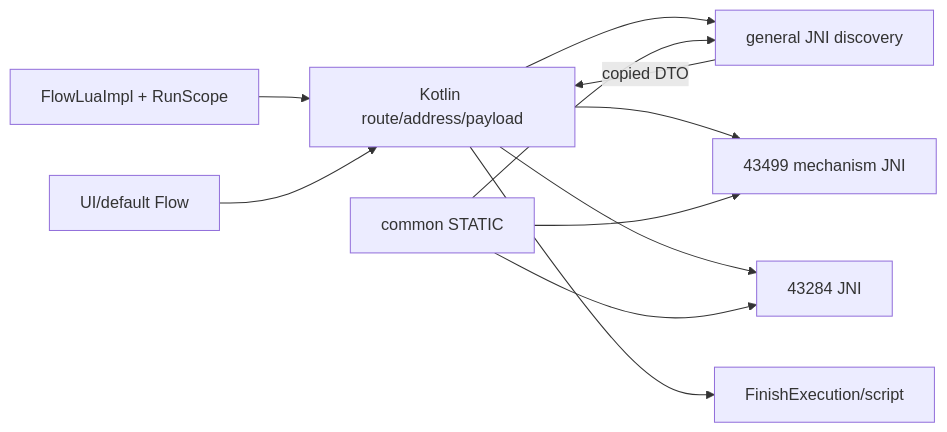
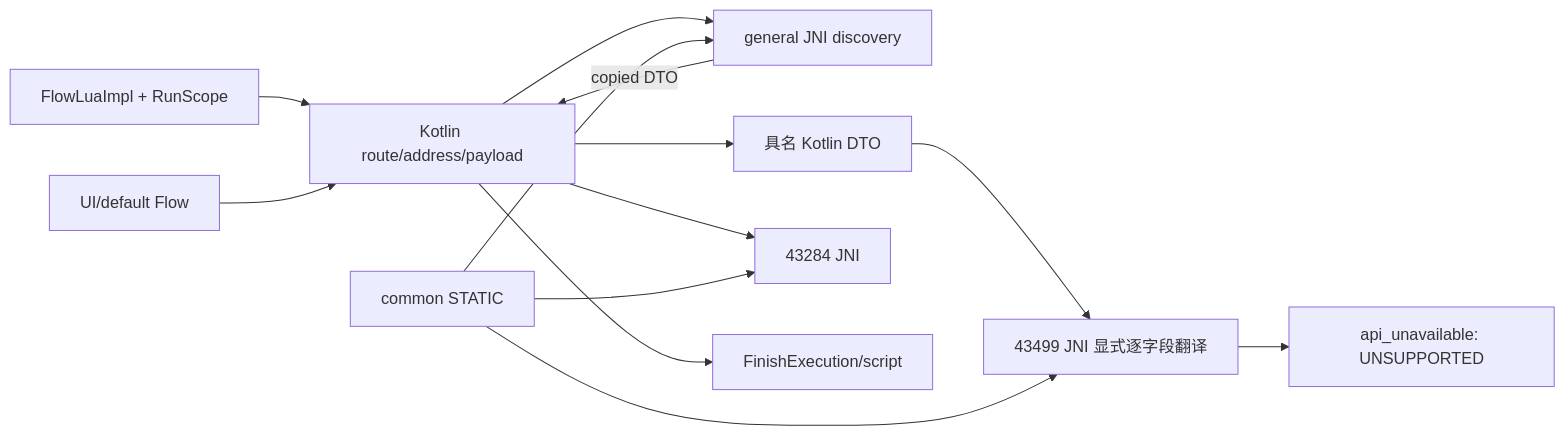
Diagram 21 of 24 in docs/development/full-process-uml.md (YuKongA/ghostlock-app), drawn with Mermaid before and after one commit. The commit also changed other lines of this file and 140 other files, not shown here.

````diff
--- a/docs/development/full-process-uml.md
+++ b/docs/development/full-process-uml.md
@@ -727,13 +727,15 @@
 ```mermaid
 flowchart LR
   Lua[FlowLuaImpl + RunScope] --> K[Kotlin route/address/payload]
   UI[UI/default Flow] --> K
   K --> C[general JNI discovery]
   C -->|copied DTO| K
-  K --> B4[43499 mechanism JNI]
+  K --> T[具名 Kotlin DTO]
+  T --> B4[43499 JNI 显式逐字段翻译]
+  B4 --> U[api_unavailable: UNSUPPORTED]
   K --> B2[43284 JNI]
   G[common STATIC] --> C
   G --> B4
   G --> B2
   K --> F[FinishExecution/script]
 ```
````
